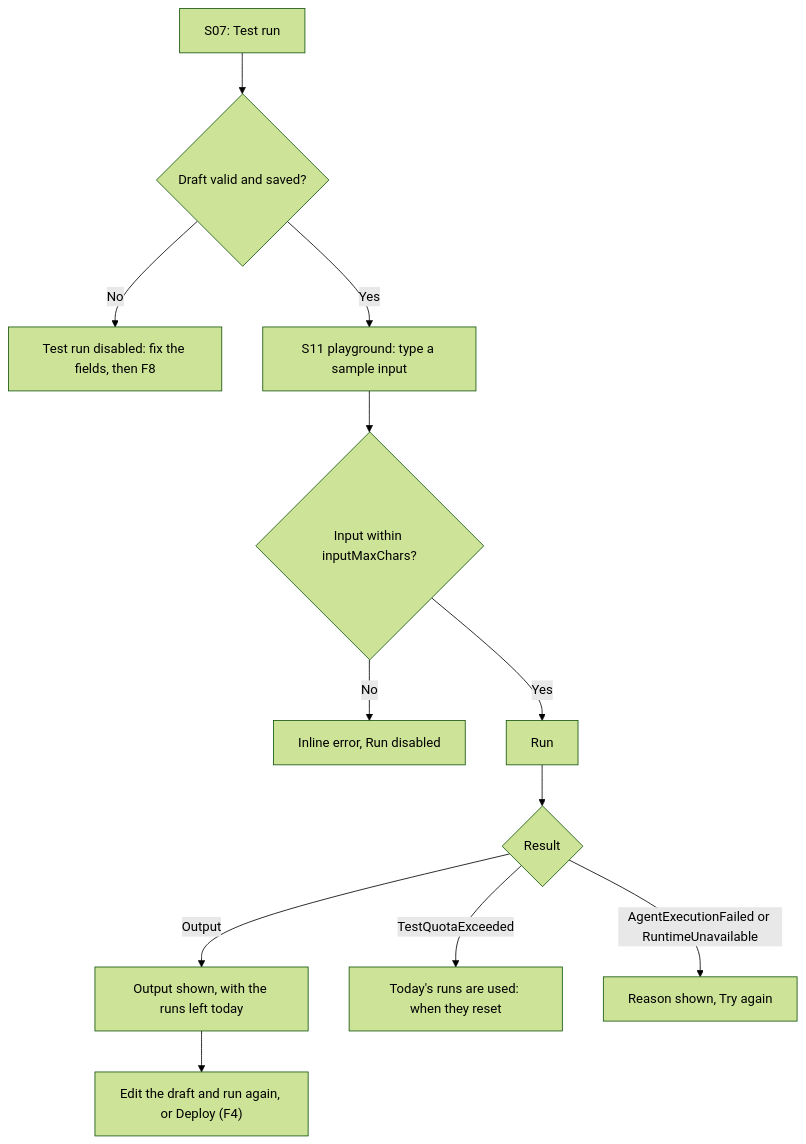
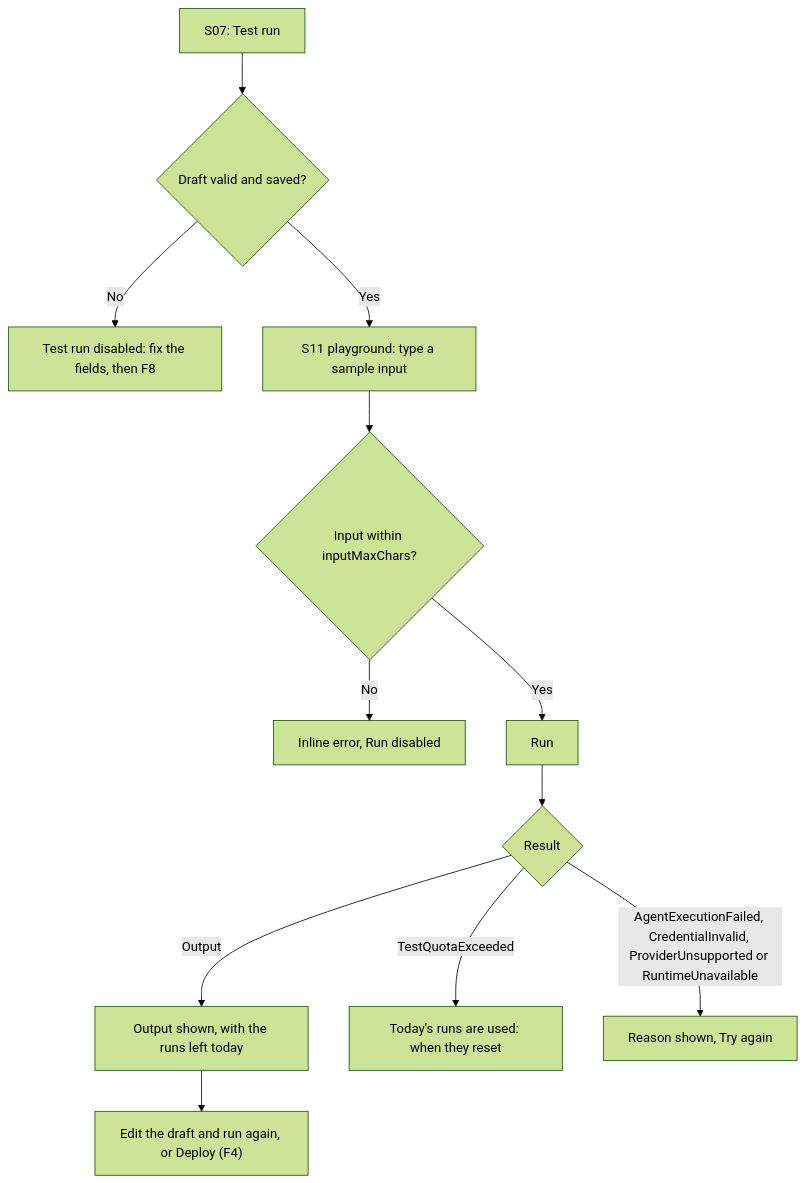
One commit to Zer0-Knowledge-Hack/puls3 changed the ninth of 11 diagrams in docs/blueprints/flows.md. Above: the diagram before and after it, drawn with Mermaid (forest theme). The commit also changed other lines of this file and 23 other files, not shown here.

````diff
--- a/docs/blueprints/flows.md
+++ b/docs/blueprints/flows.md
@@ -267,14 +267,14 @@
 ```mermaid
 flowchart TD
   A["S07: Test run"] --> B{"Draft valid and saved?"}
   B -- No --> B1["Test run disabled: fix the fields, then F8"]
   B -- Yes --> C["S11 playground: type a sample input"]
   C --> D{"Input within inputMaxChars?"}
   D -- No --> D1["Inline error, Run disabled"]
   D -- Yes --> E["Run"]
   E --> F{"Result"}
   F -- "Output" --> G["Output shown, with the runs left today"]
   F -- "TestQuotaExceeded" --> H["Today's runs are used: when they reset"]
-  F -- "AgentExecutionFailed or RuntimeUnavailable" --> I["Reason shown, Try again"]
+  F -- "AgentExecutionFailed, CredentialInvalid, ProviderUnsupported or RuntimeUnavailable" --> I["Reason shown, Try again"]
   G --> J["Edit the draft and run again, or Deploy (F4)"]
 ```
````
